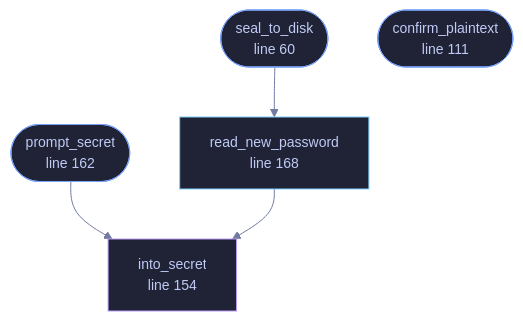
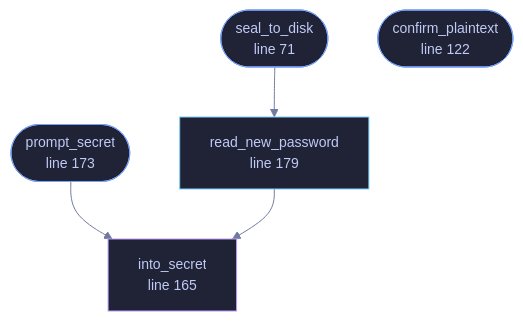
One commit to tilas01/veilvoice changed the diagram in docs/files/veilvoice-cli/atrest.md. Above: the diagram before and after it, drawn with Mermaid. The commit also changed other lines of this file and 487 other files, not shown here.

````diff
--- a/docs/files/veilvoice-cli/atrest.md
+++ b/docs/files/veilvoice-cli/atrest.md
@@ -80,23 +92,23 @@
 ```mermaid
 %%{init: {"theme":"base","themeVariables":{"background":"#1a1b26","primaryColor":"#1f2335","primaryTextColor":"#c0caf5","primaryBorderColor":"#7aa2f7","secondaryColor":"#16161e","tertiaryColor":"#16161e","lineColor":"#737aa2","textColor":"#c0caf5","mainBkg":"#1f2335","nodeBorder":"#7aa2f7","clusterBkg":"#16161e","clusterBorder":"#2f3549","fontFamily":"ui-monospace, SFMono-Regular, Consolas, monospace","fontSize":"14px"}}}%%
 flowchart TD
-    n_seal_to_disk(["seal_to_disk<br/>line 60"])
-    n_confirm_plaintext(["confirm_plaintext<br/>line 111"])
-    n_into_secret["into_secret<br/>line 154"]
-    n_prompt_secret(["prompt_secret<br/>line 162"])
-    n_read_new_password["read_new_password<br/>line 168"]
+    n_seal_to_disk(["seal_to_disk<br/>line 71"])
+    n_confirm_plaintext(["confirm_plaintext<br/>line 122"])
+    n_into_secret["into_secret<br/>line 165"]
+    n_prompt_secret(["prompt_secret<br/>line 173"])
+    n_read_new_password["read_new_password<br/>line 179"]
     n_prompt_secret --> n_into_secret
     n_read_new_password --> n_into_secret
     n_seal_to_disk --> n_read_new_password
-    click n_seal_to_disk href "https://github.com/tilas01/veilvoice/blob/main/crates/veilvoice-cli/src/atrest.rs#L60" "open the source"
-    click n_confirm_plaintext href "https://github.com/tilas01/veilvoice/blob/main/crates/veilvoice-cli/src/atrest.rs#L111" "open the source"
-    click n_into_secret href "https://github.com/tilas01/veilvoice/blob/main/crates/veilvoice-cli/src/atrest.rs#L154" "open the source"
-    click n_prompt_secret href "https://github.com/tilas01/veilvoice/blob/main/crates/veilvoice-cli/src/atrest.rs#L162" "open the source"
-    click n_read_new_password href "https://github.com/tilas01/veilvoice/blob/main/crates/veilvoice-cli/src/atrest.rs#L168" "open the source"
+    click n_seal_to_disk href "https://github.com/tilas01/veilvoice/blob/main/crates/veilvoice-cli/src/atrest.rs#L71" "open the source"
+    click n_confirm_plaintext href "https://github.com/tilas01/veilvoice/blob/main/crates/veilvoice-cli/src/atrest.rs#L122" "open the source"
+    click n_into_secret href "https://github.com/tilas01/veilvoice/blob/main/crates/veilvoice-cli/src/atrest.rs#L165" "open the source"
+    click n_prompt_secret href "https://github.com/tilas01/veilvoice/blob/main/crates/veilvoice-cli/src/atrest.rs#L173" "open the source"
+    click n_read_new_password href "https://github.com/tilas01/veilvoice/blob/main/crates/veilvoice-cli/src/atrest.rs#L179" "open the source"
     classDef entry fill:#1f2335,stroke:#7aa2f7,color:#c0caf5
     class n_seal_to_disk,n_confirm_plaintext,n_prompt_secret entry
     classDef api fill:#1f2335,stroke:#7dcfff,color:#c0caf5
     class n_read_new_password api
     classDef helper fill:#1f2335,stroke:#bb9af7,color:#c0caf5
     class n_into_secret helper
 ```
````
